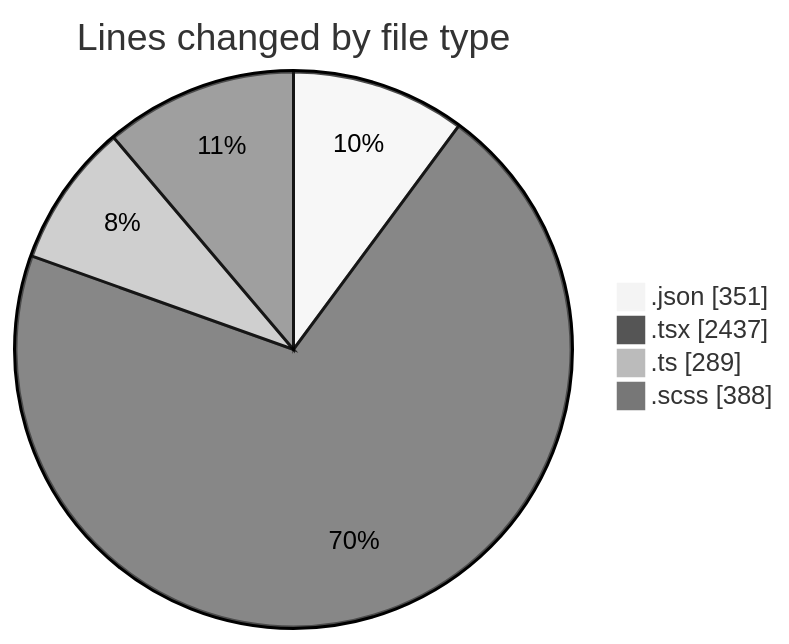
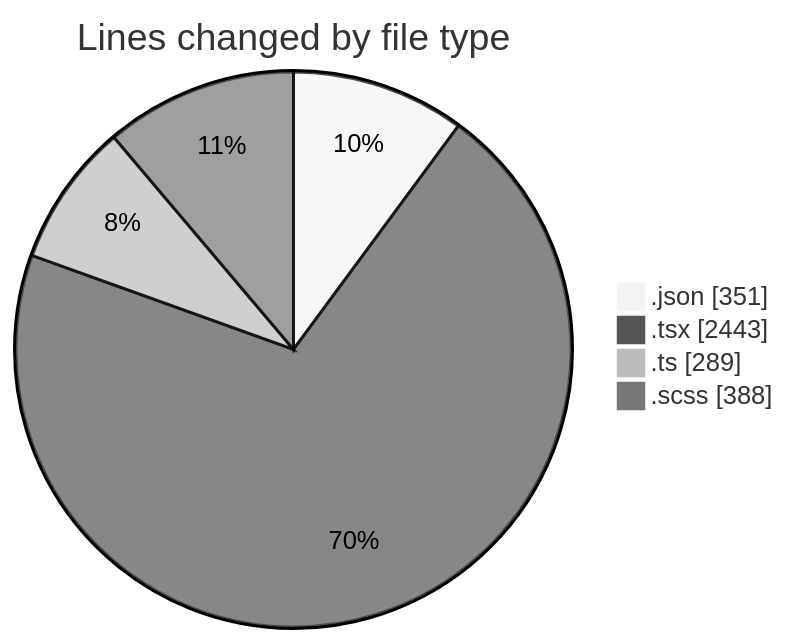
The first of 2 diagrams in 2026-04-22/cda/README.md (momahboobian/code-tracking), drawn with Mermaid (neutral theme) before and after one commit. The commit also changed other lines of this file and 1 other file, not shown here.

````diff
--- a/2026-04-22/cda/README.md
+++ b/2026-04-22/cda/README.md
@@ -46,8 +46,8 @@
 ```mermaid
 pie showData
 title Lines changed by file type
 ".json" : 351
-".tsx" : 2437
+".tsx" : 2443
 ".ts" : 289
 ".scss" : 388
 ```
````
